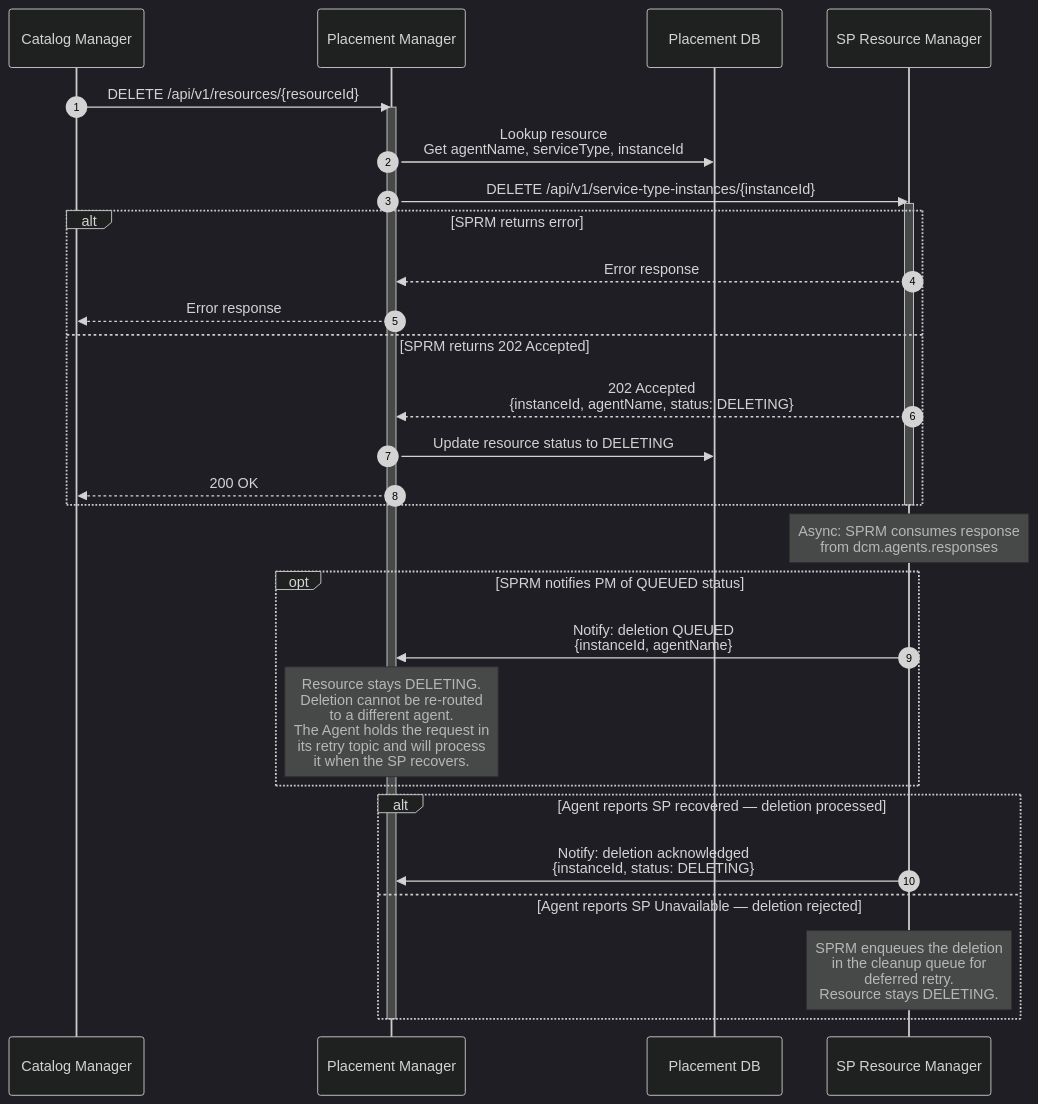
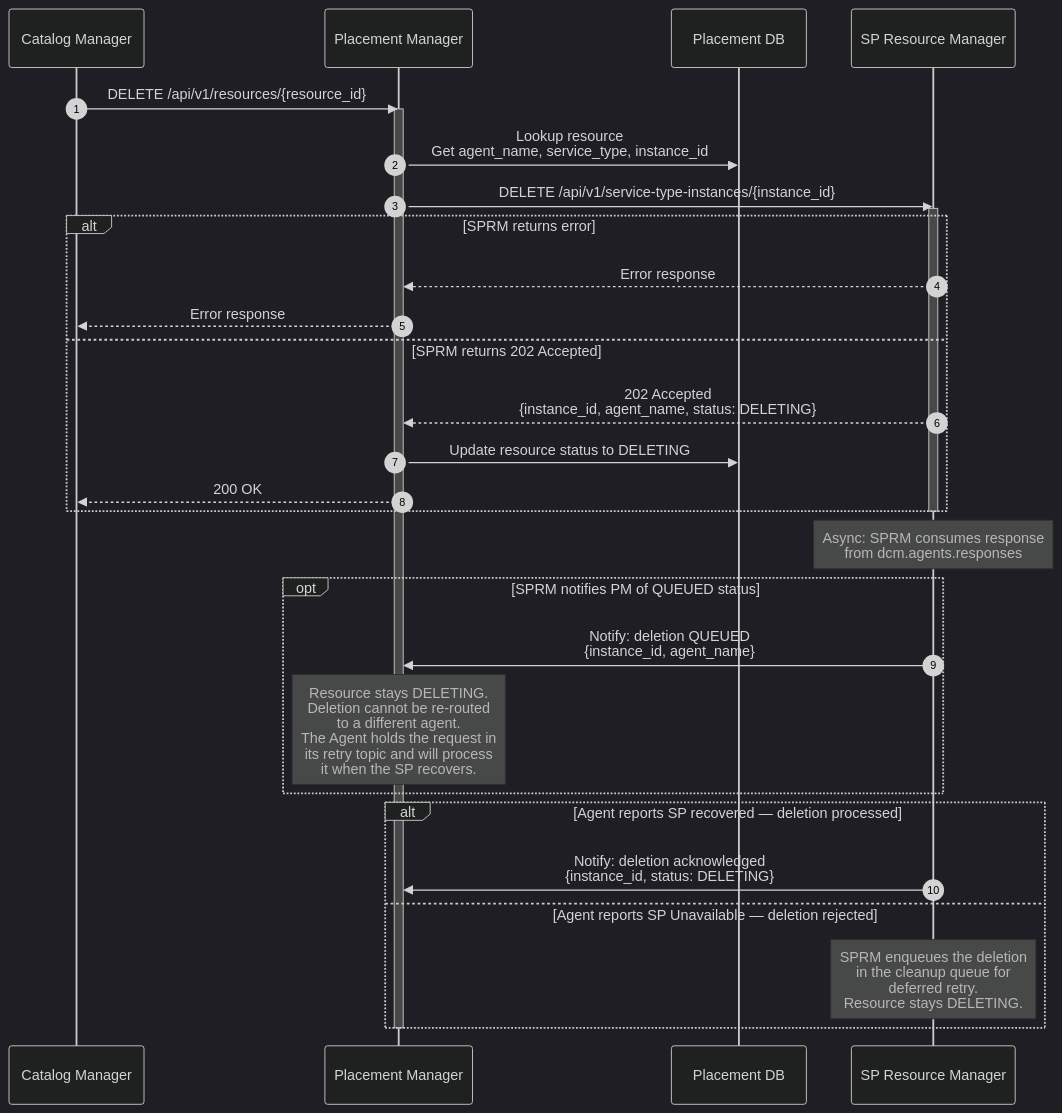
Before and after one commit to dcm-project/enhancements: the third of 3 diagrams in enhancements/placement-manager/placement-manager.md, drawn with Mermaid (dark theme). The commit also changed other lines of this file and 19 other files, not shown here.

````diff
--- a/enhancements/placement-manager/placement-manager.md
+++ b/enhancements/placement-manager/placement-manager.md
@@ -510,40 +510,40 @@
 ```mermaid
 sequenceDiagram
     autonumber
     participant CM as Catalog Manager
     participant PM as Placement Manager
     participant DB as Placement DB
     participant SPRM as SP Resource Manager
 
-    CM->>PM: DELETE /api/v1/resources/{resourceId}
+    CM->>PM: DELETE /api/v1/resources/{resource_id}
     activate PM
 
-    PM->>DB: Lookup resource<br/>Get agentName, serviceType, instanceId
+    PM->>DB: Lookup resource<br/>Get agent_name, service_type, instance_id
 
-    PM->>SPRM: DELETE /api/v1/service-type-instances/{instanceId}
+    PM->>SPRM: DELETE /api/v1/service-type-instances/{instance_id}
     activate SPRM
 
     alt SPRM returns error
         SPRM-->>PM: Error response
         PM-->>CM: Error response
     else SPRM returns 202 Accepted
-        SPRM-->>PM: 202 Accepted<br/>{instanceId, agentName, status: DELETING}
+        SPRM-->>PM: 202 Accepted<br/>{instance_id, agent_name, status: DELETING}
         PM->>DB: Update resource status to DELETING
         PM-->>CM: 200 OK
     end
     deactivate SPRM
 
     Note over SPRM: Async: SPRM consumes response<br/>from dcm.agents.responses
 
     opt SPRM notifies PM of QUEUED status
-        SPRM->>PM: Notify: deletion QUEUED<br/>{instanceId, agentName}
+        SPRM->>PM: Notify: deletion QUEUED<br/>{instance_id, agent_name}
         Note over PM: Resource stays DELETING.<br/>Deletion cannot be re-routed<br/>to a different agent.<br/>The Agent holds the request in<br/>its retry topic and will process<br/>it when the SP recovers.
     end
 
     alt Agent reports SP recovered — deletion processed
-        SPRM->>PM: Notify: deletion acknowledged<br/>{instanceId, status: DELETING}
+        SPRM->>PM: Notify: deletion acknowledged<br/>{instance_id, status: DELETING}
     else Agent reports SP Unavailable — deletion rejected
         Note over SPRM: SPRM enqueues the deletion<br/>in the cleanup queue for<br/>deferred retry.<br/>Resource stays DELETING.
     end
     deactivate PM
 ```
````
